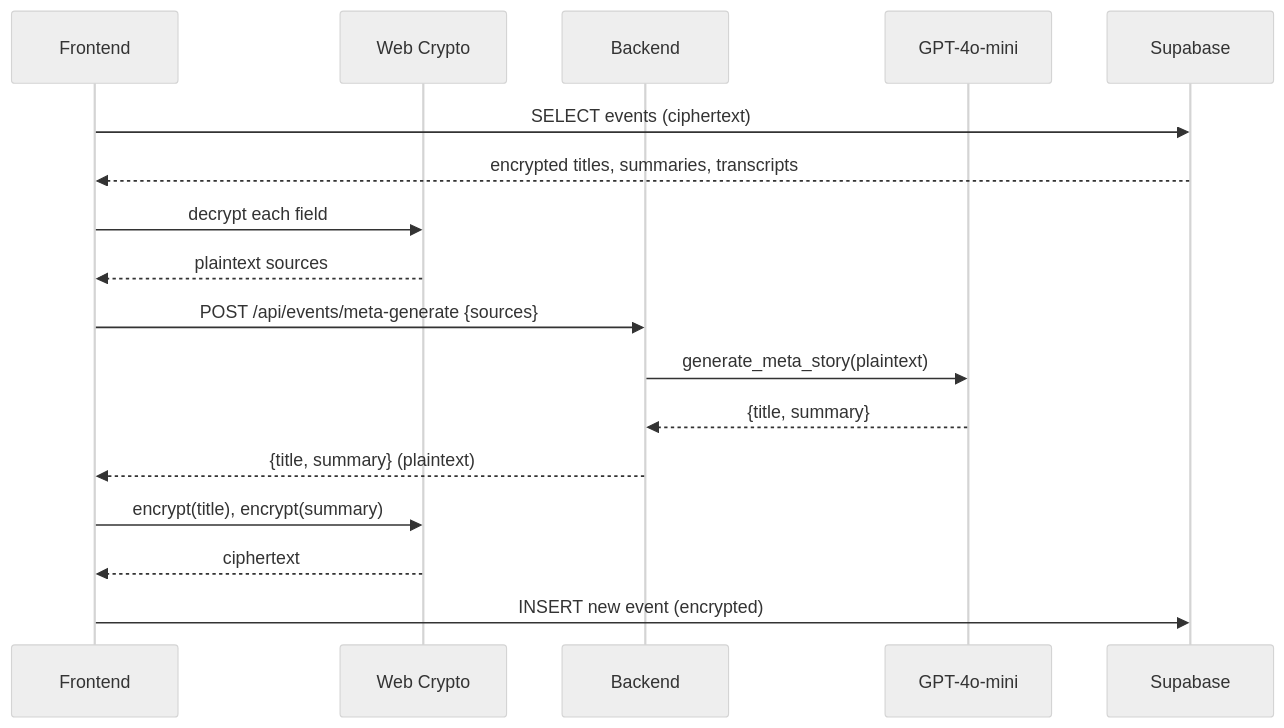
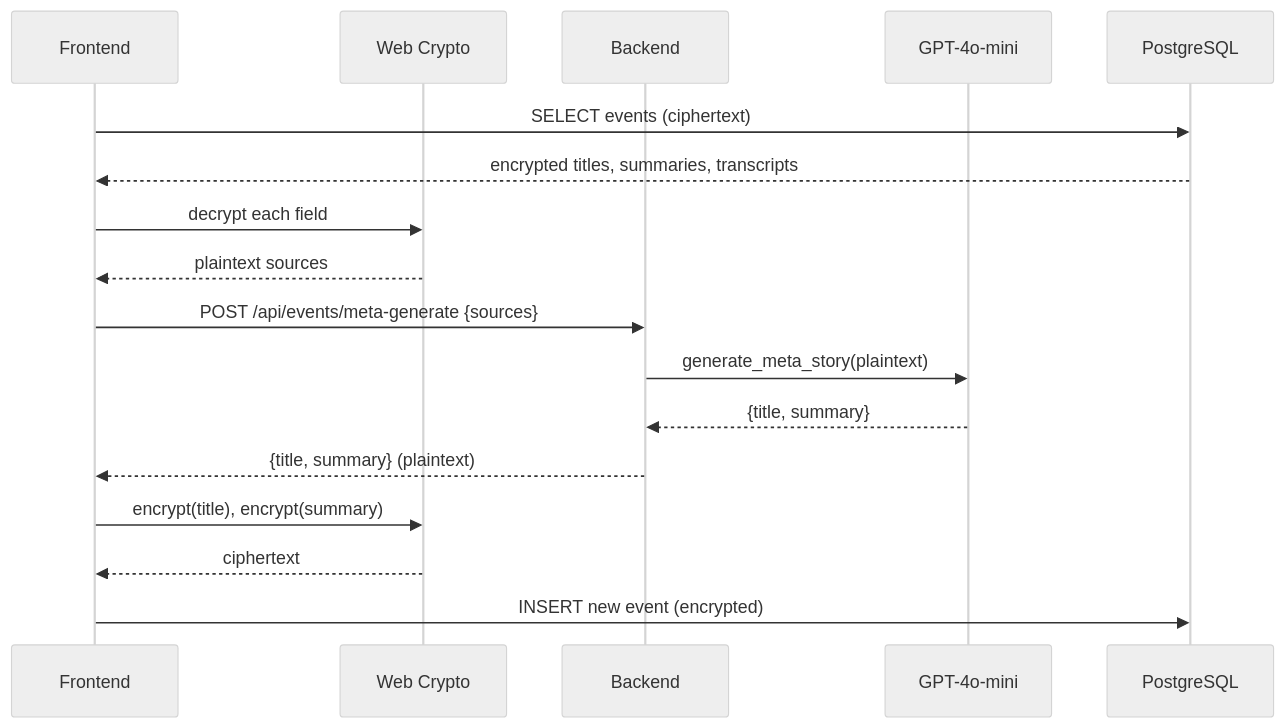
Before and after one commit to wszymilo/life-story-agent: the fifth of 9 diagrams in docs/system-design.md, drawn with Mermaid (neutral theme). The commit also changed other lines of this file and 72 other files, not shown here.

````diff
--- a/docs/system-design.md
+++ b/docs/system-design.md
@@ -327,20 +330,20 @@
 ```mermaid
 sequenceDiagram
     participant FE as Frontend
     participant Crypto as Web Crypto
     participant BE as Backend
     participant LLM as GPT-4o-mini
-    participant DB as Supabase
+    participant DB as PostgreSQL
 
     FE->>DB: SELECT events (ciphertext)
     DB-->>FE: encrypted titles, summaries, transcripts
     FE->>Crypto: decrypt each field
     Crypto-->>FE: plaintext sources
     FE->>BE: POST /api/events/meta-generate {sources}
     BE->>LLM: generate_meta_story(plaintext)
     LLM-->>BE: {title, summary}
     BE-->>FE: {title, summary} (plaintext)
     FE->>Crypto: encrypt(title), encrypt(summary)
     Crypto-->>FE: ciphertext
     FE->>DB: INSERT new event (encrypted)
 ```
````
